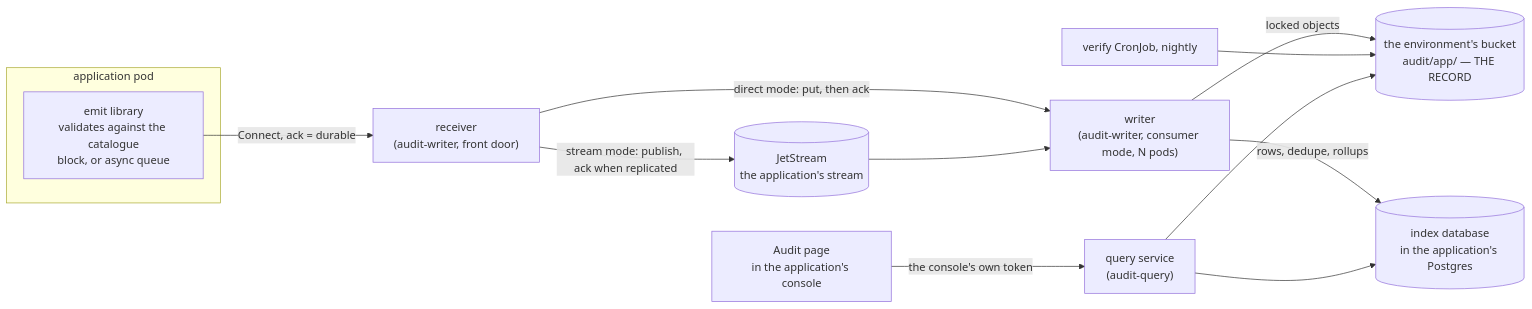
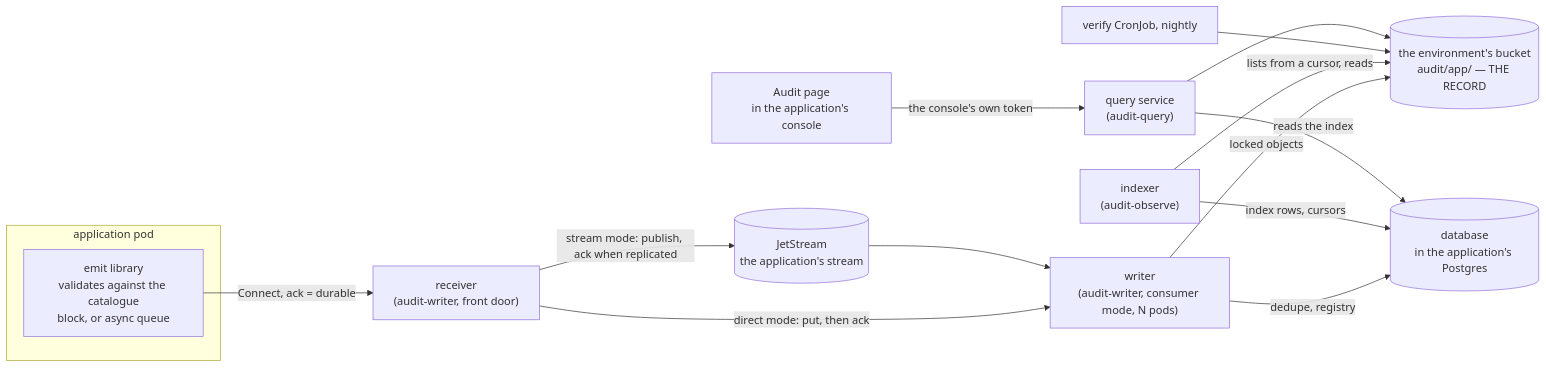
The first of 2 diagrams in docs/architecture.md (truvity/audit), drawn with Mermaid before and after one commit. The commit also changed other lines of this file and 106 other files, not shown here.

First line of the commit message:
feat: the cursor indexer, with observe split from the writer

````diff
--- a/docs/architecture.md
+++ b/docs/architecture.md
@@ -25,16 +25,18 @@
 ```mermaid
 flowchart LR
   subgraph app["application pod"]
     E["emit library<br/>validates against the catalogue<br/>block, or async queue"]
   end
   E -- "Connect, ack = durable" --> R["receiver<br/>(audit-writer, front door)"]
   R -- "direct mode: put, then ack" --> W
   R -- "stream mode: publish, ack when replicated" --> NATS[("JetStream<br/>the application's stream")]
   NATS --> W["writer<br/>(audit-writer, consumer mode, N pods)"]
   W -- "locked objects" --> S3[("the environment's bucket<br/>audit/app/ — THE RECORD")]
-  W -- "rows, dedupe, rollups" --> PG[("index database<br/>in the application's Postgres")]
+  W -- "dedupe, registry" --> PG[("database<br/>in the application's Postgres")]
+  O["indexer<br/>(audit-observe)"] -- "lists from a cursor, reads" --> S3
+  O -- "index rows, cursors" --> PG
   V["verify CronJob, nightly"] --> S3
-  Q["query service<br/>(audit-query)"] --> PG
+  Q["query service<br/>(audit-query)"] -- "reads the index" --> PG
   Q --> S3
   UI["Audit page<br/>in the application's console"] -- "the console's own token" --> Q
 ```
````
